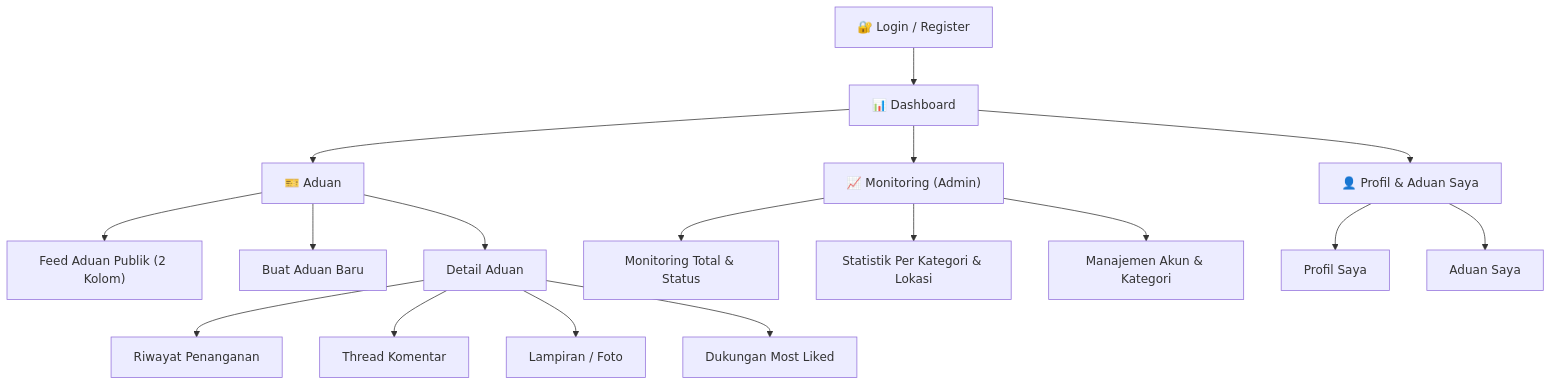
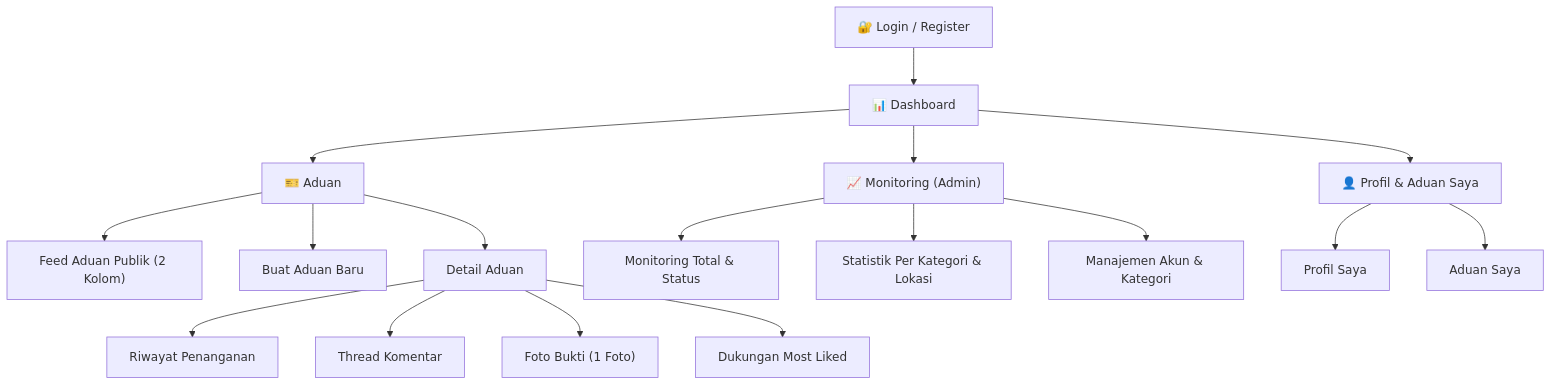
The diagram in docs/TiketBantu/APP_FLOW_TiketBantu.md (satriamegantara/TiketBantu-Mobile), drawn with Mermaid before and after one commit. The commit also changed other lines of this file and 2 other files, not shown here.

````diff
--- a/docs/TiketBantu/APP_FLOW_TiketBantu.md
+++ b/docs/TiketBantu/APP_FLOW_TiketBantu.md
@@ -14,24 +20,24 @@
 ```mermaid
 graph TD
     A["🔐 Login / Register"] --> B["📊 Dashboard"]
 
     B --> C["🎫 Aduan"]
     B --> D["📈 Monitoring (Admin)"]
     B --> E["👤 Profil & Aduan Saya"]
 
     C --> C1["Feed Aduan Publik (2 Kolom)"]
     C --> C2["Buat Aduan Baru"]
     C --> C3["Detail Aduan"]
 
     C3 --> C3a["Riwayat Penanganan"]
     C3 --> C3b["Thread Komentar"]
-    C3 --> C3c["Lampiran / Foto"]
+    C3 --> C3c["Foto Bukti (1 Foto)"]
     C3 --> C3d["Dukungan Most Liked"]
 
     D --> D1["Monitoring Total & Status"]
     D --> D2["Statistik Per Kategori & Lokasi"]
     D --> D3["Manajemen Akun & Kategori"]
 
     E --> E1["Profil Saya"]
     E --> E2["Aduan Saya"]
 ```
````
